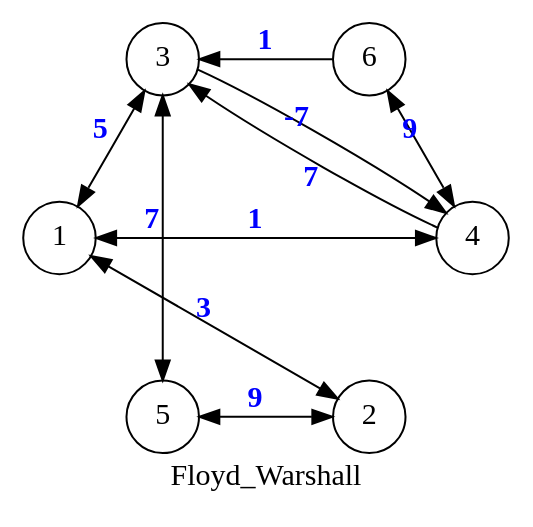
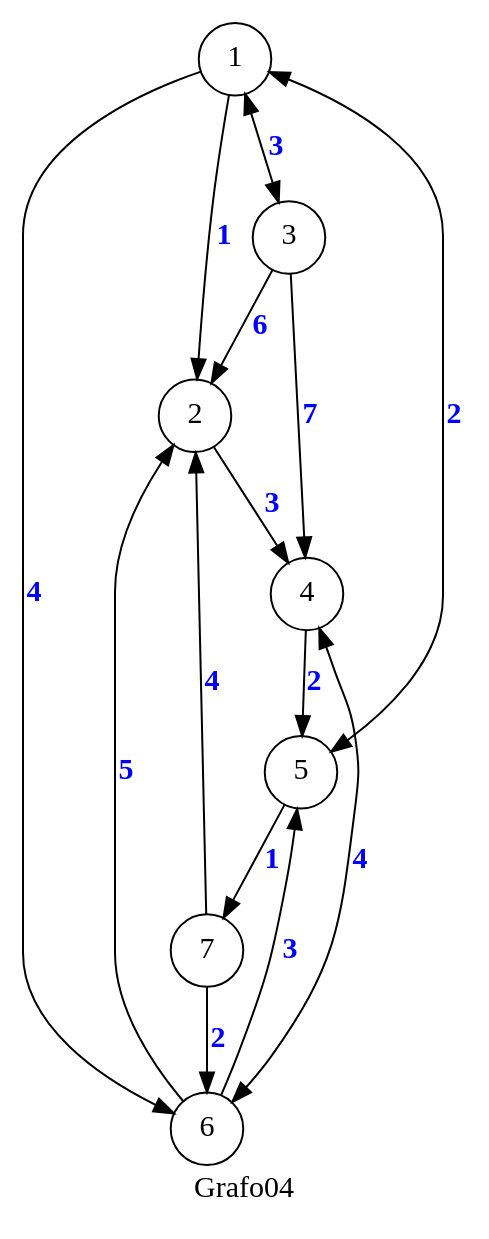
Before and after one commit to jesusmanueldl/mate_discretas_grafos: the diagram in grafo.dot, drawn with Graphviz. The commit also changed 5 other files, not shown here.

```diff
--- a/grafo.dot
+++ b/grafo.dot
@@ -1,16 +1,21 @@
 digraph G
 {
 	node [shape=circle, fontsize=15];
-	layout="circo";
+	layout="dot";
 	size="10,10"
-	1 -> 2[fontcolor=blue label=3, dir="both", fontsize="15", fontname="times-bold"]
-	1 -> 3[fontcolor=blue label=5, dir="both", fontsize="15", fontname="times-bold"]
-	1 -> 4[fontcolor=blue label=1, dir="both", fontsize="15", fontname="times-bold"]
-	2 -> 5[fontcolor=blue label=9, dir="both", fontsize="15", fontname="times-bold"]
-	3 -> 4[fontcolor=blue label=-7, fontsize="15", fontname="times-bold"]
-	3 -> 5[fontcolor=blue label=7, dir="both", fontsize="15", fontname="times-bold"]
-	4 -> 3[fontcolor=blue label=7, fontsize="15", fontname="times-bold"]
-	4 -> 6[fontcolor=blue label=9, dir="both", fontsize="15", fontname="times-bold"]
-	6 -> 3[fontcolor=blue label=1, fontsize="15", fontname="times-bold"]
-	label="Floyd_Warshall" fontsize=15
+	1 -> 2[fontcolor=blue label=1, fontsize="15", fontname="times-bold"]
+	1 -> 3[fontcolor=blue label=3, dir="both", fontsize="15", fontname="times-bold"]
+	1 -> 5[fontcolor=blue label=2, dir="both", fontsize="15", fontname="times-bold"]
+	1 -> 6[fontcolor=blue label=4, fontsize="15", fontname="times-bold"]
+	2 -> 4[fontcolor=blue label=3, fontsize="15", fontname="times-bold"]
+	3 -> 2[fontcolor=blue label=6, fontsize="15", fontname="times-bold"]
+	3 -> 4[fontcolor=blue label=7, fontsize="15", fontname="times-bold"]
+	4 -> 5[fontcolor=blue label=2, fontsize="15", fontname="times-bold"]
+	4 -> 6[fontcolor=blue label=4, dir="both", fontsize="15", fontname="times-bold"]
+	5 -> 7[fontcolor=blue label=1, fontsize="15", fontname="times-bold"]
+	6 -> 5[fontcolor=blue label=3, fontsize="15", fontname="times-bold"]
+	6 -> 2[fontcolor=blue label=5, fontsize="15", fontname="times-bold"]
+	7 -> 6[fontcolor=blue label=2, fontsize="15", fontname="times-bold"]
+	7 -> 2[fontcolor=blue label=4, fontsize="15", fontname="times-bold"]
+	label="Grafo04" fontsize=15
 }
```
